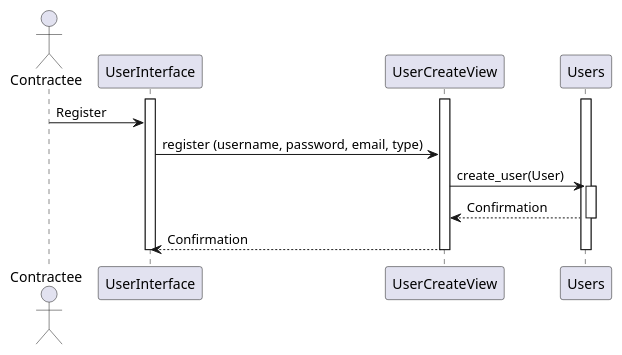
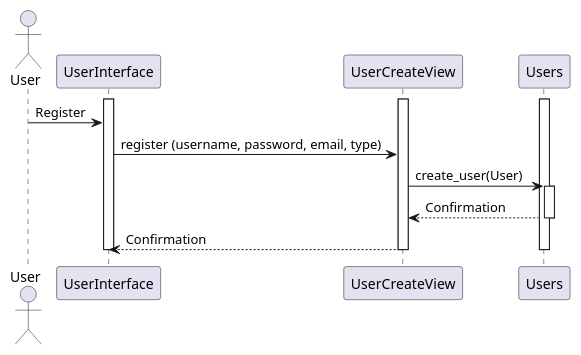
The diagram in diagrams/User_Registration.puml (mrhaffner/job_bidding_board), drawn with PlantUML before and after one commit.

Commit message:
Correction

```diff
--- a/diagrams/User_Registration.puml
+++ b/diagrams/User_Registration.puml
@@ -1,22 +1,22 @@
 @startuml
-Actor Contractee
+Actor User
  
 activate UserInterface
 activate UserCreateView
 activate Users
 
 
 
-Contractee -> UserInterface : Register 
+User -> UserInterface : Register 
 UserInterface -> UserCreateView: register (username, password, email, type) 
 UserCreateView -> Users: create_user(User)
 activate Users
 Users --> UserCreateView: Confirmation
 deactivate Users
 UserCreateView --> UserInterface: Confirmation
 
 deactivate UserInterface
 deactivate UserCreateView
 deactivate Users
 
 @enduml
```
